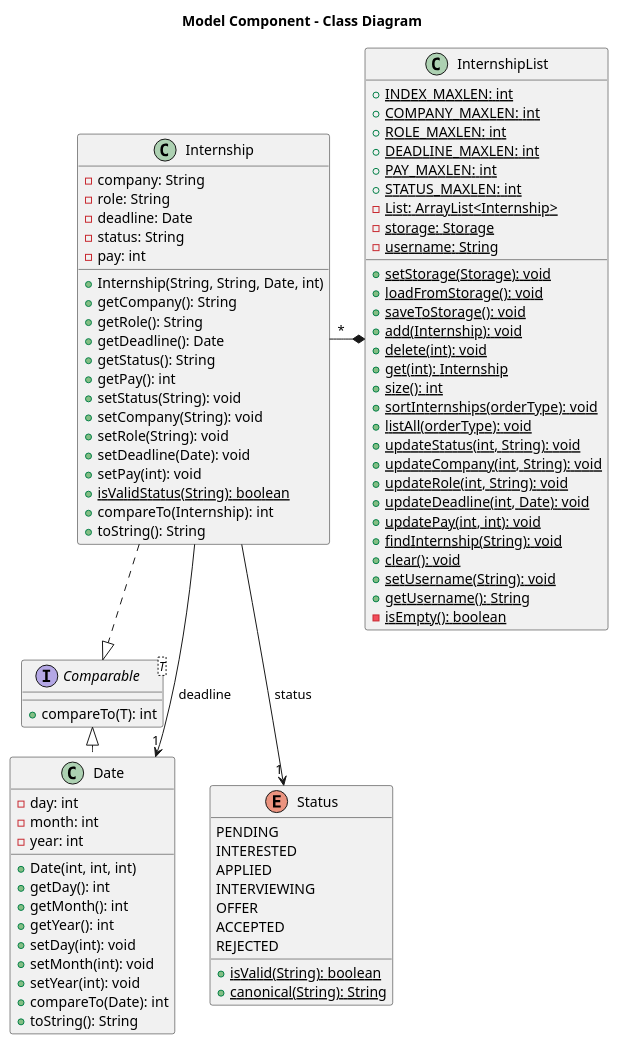
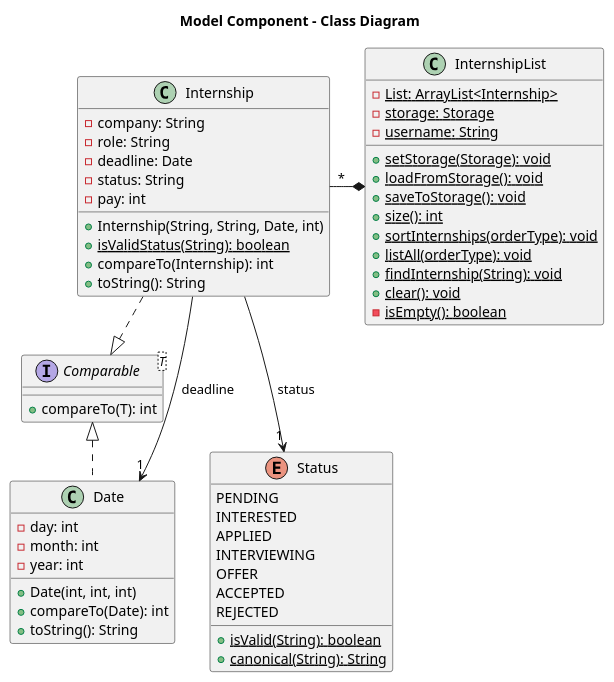
One commit to BenyAlbatross/tp changed the diagram in docs/diagrams/ModelComponentCD.puml. Above: the diagram before and after it, drawn with PlantUML. The commit also changed 1 other file, not shown here.

```diff
--- a/docs/diagrams/ModelComponentCD.puml
+++ b/docs/diagrams/ModelComponentCD.puml
@@ -1,94 +1,62 @@
 @startuml ModelComponentCD
 title Model Component - Class Diagram
 
 class InternshipList {
-  + {static} INDEX_MAXLEN: int
-  + {static} COMPANY_MAXLEN: int
-  + {static} ROLE_MAXLEN: int
-  + {static} DEADLINE_MAXLEN: int
-  + {static} PAY_MAXLEN: int
-  + {static} STATUS_MAXLEN: int
   - {static} List: ArrayList<Internship>
   - {static} storage: Storage
   - {static} username: String
   + {static} setStorage(Storage): void
   + {static} loadFromStorage(): void
   + {static} saveToStorage(): void
-  + {static} add(Internship): void
-  + {static} delete(int): void
-  + {static} get(int): Internship
   + {static} size(): int
   + {static} sortInternships(orderType): void
   + {static} listAll(orderType): void
-  + {static} updateStatus(int, String): void
-  + {static} updateCompany(int, String): void
-  + {static} updateRole(int, String): void
-  + {static} updateDeadline(int, Date): void
-  + {static} updatePay(int, int): void
   + {static} findInternship(String): void
   + {static} clear(): void
-  + {static} setUsername(String): void
-  + {static} getUsername(): String
   - {static} isEmpty(): boolean
 }
 
 interface Comparable<T> {
     + compareTo(T): int
 }
 
 class Internship {
   - company: String
   - role: String
   - deadline: Date
   - status: String
   - pay: int
   + Internship(String, String, Date, int)
-  + getCompany(): String
-  + getRole(): String
-  + getDeadline(): Date
-  + getStatus(): String
-  + getPay(): int
-  + setStatus(String): void
-  + setCompany(String): void
-  + setRole(String): void
-  + setDeadline(Date): void
-  + setPay(int): void
   + {static} isValidStatus(String): boolean
   + compareTo(Internship): int
   + toString(): String
 }
 
 class Date {
   - day: int
   - month: int
   - year: int
   + Date(int, int, int)
-  + getDay(): int
-  + getMonth(): int
-  + getYear(): int
-  + setDay(int): void
-  + setMonth(int): void
-  + setYear(int): void
   + compareTo(Date): int
   + toString(): String
 }
 
 enum Status {
   PENDING
   INTERESTED
   APPLIED
   INTERVIEWING
   OFFER
   ACCEPTED
   REJECTED
   + {static} isValid(String): boolean
   + {static} canonical(String): String
 }
 
 InternshipList *-left- "*" Internship
 Internship .|> Comparable
 Date .left.|> Comparable
 Internship --> "1" Date : deadline
 Internship --> "1" Status : status
 
 @enduml
```
